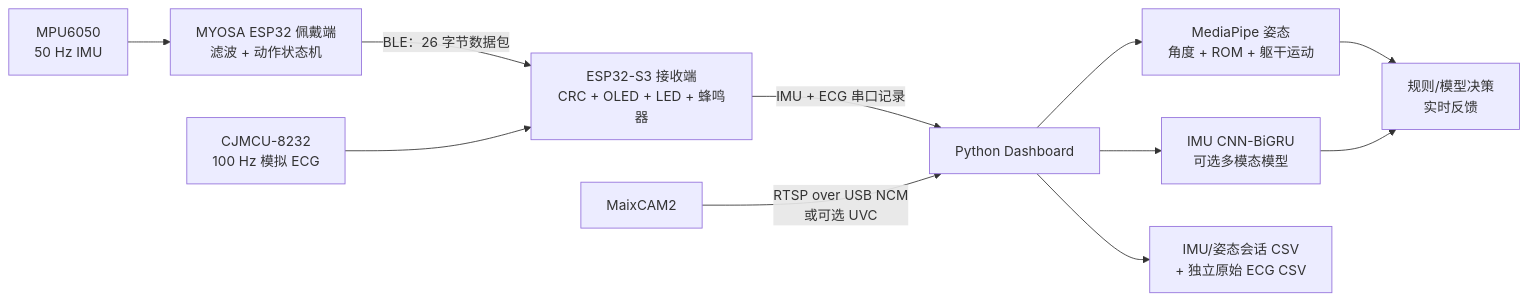
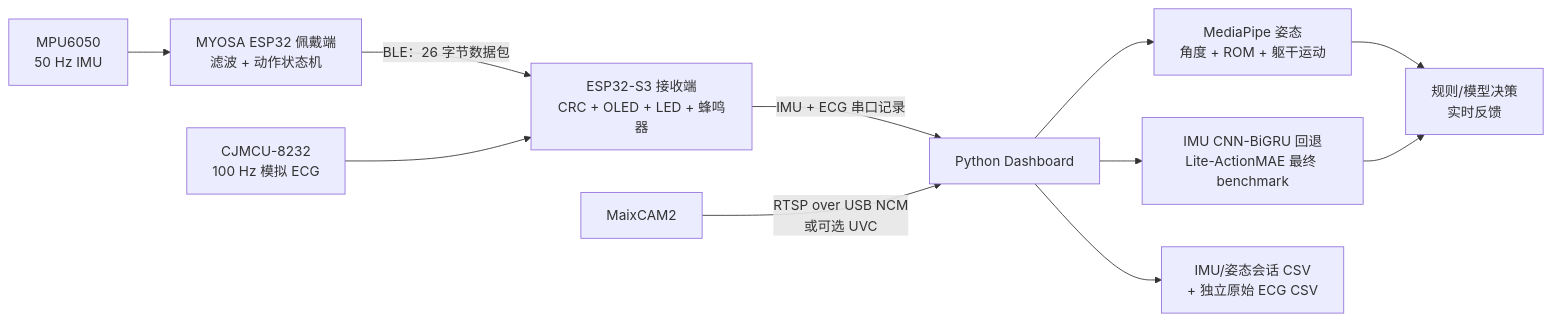
The diagram in README_zh.md (ydh0411/lite-rehab-mvp), drawn with Mermaid before and after one commit. The commit also changed other lines of this file and 5 other files, not shown here.

Commit message:
docs: select Lite-ActionMAE as final benchmark model

````diff
--- a/README_zh.md
+++ b/README_zh.md
@@ -55,13 +68,13 @@
 ```mermaid
 flowchart LR
     MPU["MPU6050<br/>50 Hz IMU"] --> WEAR["MYOSA ESP32 佩戴端<br/>滤波 + 动作状态机"]
     WEAR -->|"BLE：26 字节数据包"| RECV["ESP32-S3 接收端<br/>CRC + OLED + LED + 蜂鸣器"]
     ECG["CJMCU-8232<br/>100 Hz 模拟 ECG"] --> RECV
     RECV -->|"IMU + ECG 串口记录"| DASH["Python Dashboard"]
     CAM["MaixCAM2"] -->|"RTSP over USB NCM<br/>或可选 UVC"| DASH
     DASH --> POSE["MediaPipe 姿态<br/>角度 + ROM + 躯干运动"]
-    DASH --> MODEL["IMU CNN-BiGRU<br/>可选多模态模型"]
+    DASH --> MODEL["IMU CNN-BiGRU 回退<br/>Lite-ActionMAE 最终 benchmark"]
     POSE --> FUSE["规则/模型决策<br/>实时反馈"]
     MODEL --> FUSE
     DASH --> LOG["IMU/姿态会话 CSV<br/>+ 独立原始 ECG CSV"]
 ```
````
